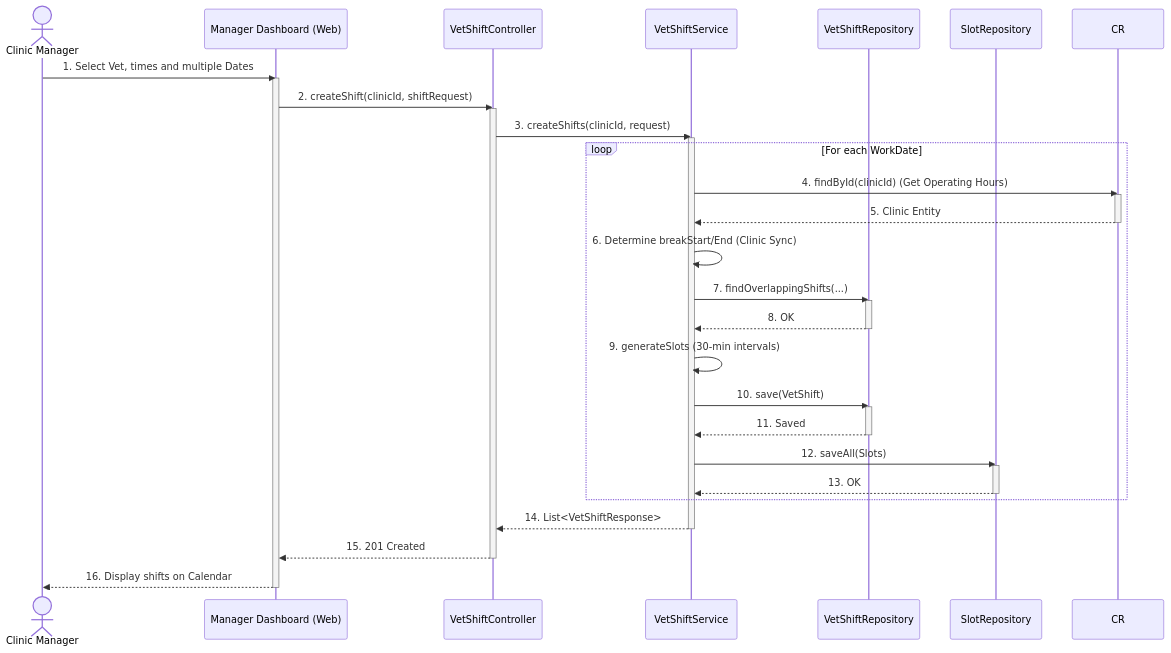
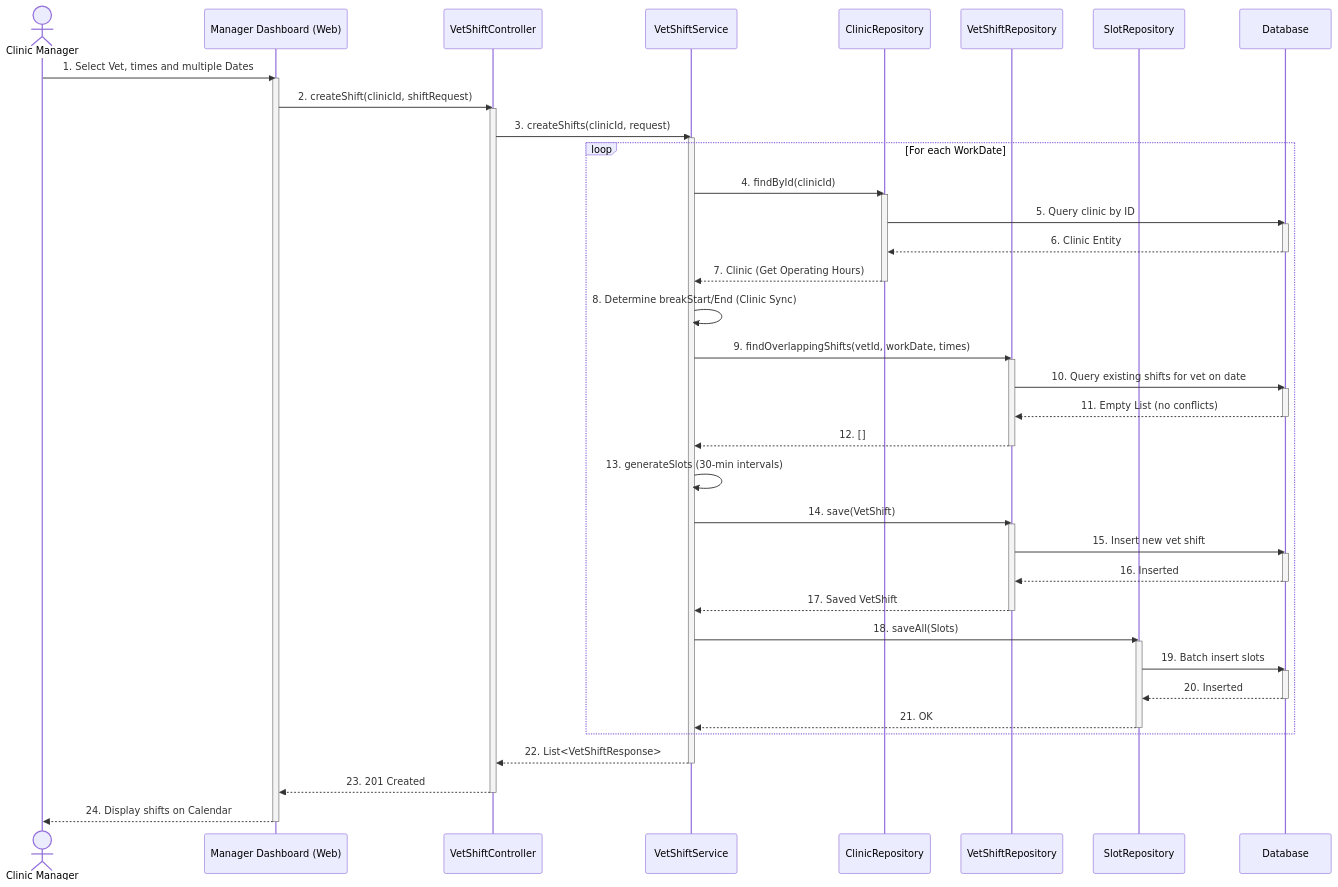
Diagram 17 of 42 in docs-references/documentation/SDD/REPORT_4_SDD_SYSTEM_DESIGN.md (espresso23/Petties-Veterinary-Appointment-Booking-Platform), drawn with Mermaid before and after one commit. The commit also changed other lines of this file and 15 other files, not shown here.

````diff
--- a/docs-references/documentation/SDD/REPORT_4_SDD_SYSTEM_DESIGN.md
+++ b/docs-references/documentation/SDD/REPORT_4_SDD_SYSTEM_DESIGN.md
@@ -1437,42 +1660,60 @@
 ```mermaid
 sequenceDiagram
     actor M as Clinic Manager
     participant UI as Manager Dashboard (Web)
     participant C as VetShiftController
     participant S as VetShiftService
+    participant CR as ClinicRepository
     participant VSR as VetShiftRepository
     participant SR as SlotRepository
+    participant DB as Database
 
     M->>UI: 1. Select Vet, times and multiple Dates
     activate UI
     UI->>C: 2. createShift(clinicId, shiftRequest)
     activate C
     C->>S: 3. createShifts(clinicId, request)
     activate S
     loop For each WorkDate
-        S->>CR: 4. findById(clinicId) (Get Operating Hours)
+        S->>CR: 4. findById(clinicId)
         activate CR
-        CR-->>S: 5. Clinic Entity
+        CR->>DB: 5. Query clinic by ID
+        activate DB
+        DB-->>CR: 6. Clinic Entity
+        deactivate DB
+        CR-->>S: 7. Clinic (Get Operating Hours)
         deactivate CR
-        S->>S: 6. Determine breakStart/End (Clinic Sync)
-        S->>VSR: 7. findOverlappingShifts(...)
+        S->>S: 8. Determine breakStart/End (Clinic Sync)
+        S->>VSR: 9. findOverlappingShifts(vetId, workDate, times)
         activate VSR
-        VSR-->>S: 8. OK
+        VSR->>DB: 10. Query existing shifts for vet on date
+        activate DB
+        DB-->>VSR: 11. Empty List (no conflicts)
+        deactivate DB
+        VSR-->>S: 12. []
         deactivate VSR
-        S->>S: 9. generateSlots (30-min intervals)
-        S->>VSR: 10. save(VetShift)
+        S->>S: 13. generateSlots (30-min intervals)
+        S->>VSR: 14. save(VetShift)
         activate VSR
-        VSR-->>S: 11. Saved
+        VSR->>DB: 15. Insert new vet shift
+        activate DB
+        DB-->>VSR: 16. Inserted
+        deactivate DB
+        VSR-->>S: 17. Saved VetShift
         deactivate VSR
-        S->>SR: 12. saveAll(Slots)
+        S->>SR: 18. saveAll(Slots)
         activate SR
-        SR-->>S: 13. OK
+        SR->>DB: 19. Batch insert slots
+        activate DB
+        DB-->>SR: 20. Inserted
+        deactivate DB
+        SR-->>S: 21. OK
         deactivate SR
     end
-    S-->>C: 14. List<VetShiftResponse>
+    S-->>C: 22. List<VetShiftResponse>
     deactivate S
-    C-->>UI: 15. 201 Created
+    C-->>UI: 23. 201 Created
     deactivate C
-    UI-->>M: 16. Display shifts on Calendar
+    UI-->>M: 24. Display shifts on Calendar
     deactivate UI
 ```
````
